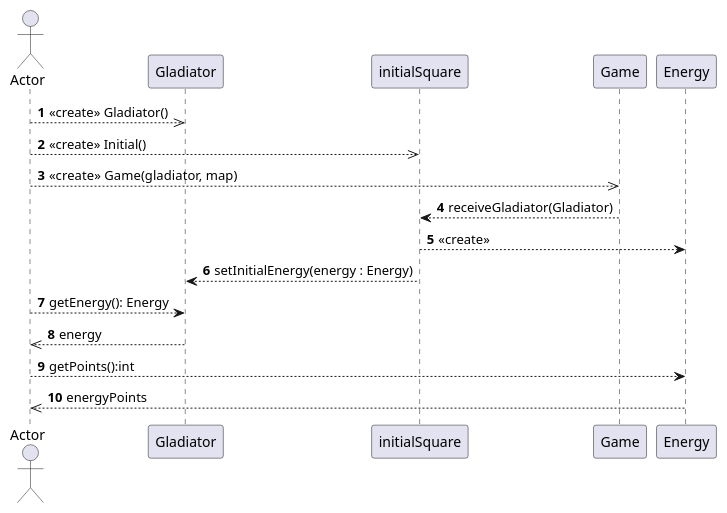
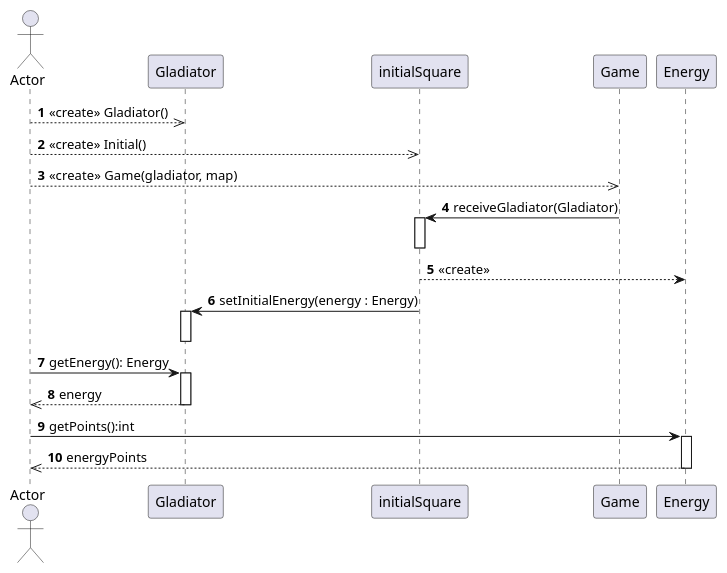
The diagram in diagrams/sequences/UseCase02.puml (PabloGCH/tp2-algo3), drawn with PlantUML before and after one commit. The commit also changed 1 other file, not shown here.

Commit message:
Arrows fixed and aggregation of lifelines in sequence diagram UseCase02. Arrows fixed in sequence diagram UseCase01

```diff
--- a/diagrams/sequences/UseCase02.puml
+++ b/diagrams/sequences/UseCase02.puml
@@ -1,14 +1,22 @@
 @startuml
 autonumber
 actor Actor
 Actor -->> Gladiator: <<create>> Gladiator()
 Actor -->> initialSquare: <<create>> Initial()
 Actor -->> Game: <<create>> Game(gladiator, map)
-Game --> initialSquare: receiveGladiator(Gladiator)
+Game -> initialSquare: receiveGladiator(Gladiator)
+activate initialSquare
+deactivate initialSquare
 initialSquare --> Energy: <<create>>
-initialSquare --> Gladiator: setInitialEnergy(energy : Energy)
-Actor --> Gladiator: getEnergy(): Energy
+initialSquare -> Gladiator: setInitialEnergy(energy : Energy)
+activate Gladiator
+deactivate Gladiator
+Actor -> Gladiator: getEnergy(): Energy
+activate Gladiator
 Gladiator -->> Actor: energy
-Actor --> Energy: getPoints():int
+deactivate Gladiator
+Actor -> Energy: getPoints():int
+activate Energy
 Energy -->> Actor: energyPoints
+deactivate Energy
 @enduml
```
